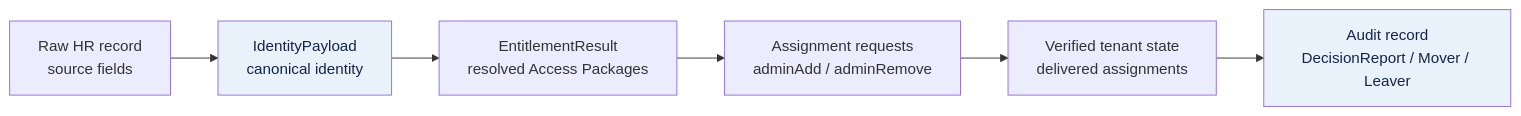
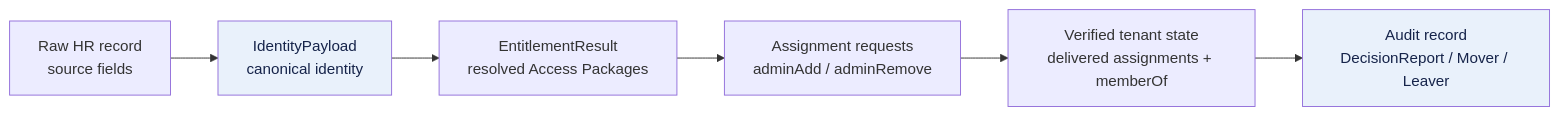
The ninth of 9 diagrams in Architecture.md (donhenzo/JML-EnigneV2), drawn with Mermaid before and after one commit. The commit also changed other lines of this file and 6 other files, not shown here.

````diff
--- a/Architecture.md
+++ b/Architecture.md
@@ -1153,11 +1139,11 @@
 ```mermaid
 flowchart LR
     RAW["Raw HR record<br/>source fields"] --> CANON["IdentityPayload<br/>canonical identity"]
     CANON --> RES["EntitlementResult<br/>resolved Access Packages"]
     RES --> REQ["Assignment requests<br/>adminAdd / adminRemove"]
-    REQ --> STATE["Verified tenant state<br/>delivered assignments"]
+    REQ --> STATE["Verified tenant state<br/>delivered assignments + memberOf"]
     STATE --> REC["Audit record<br/>DecisionReport / Mover / Leaver"]
 
     style CANON fill:#E9F1FB,color:#16244A
     style REC fill:#E9F1FB,color:#16244A
 ```
````
